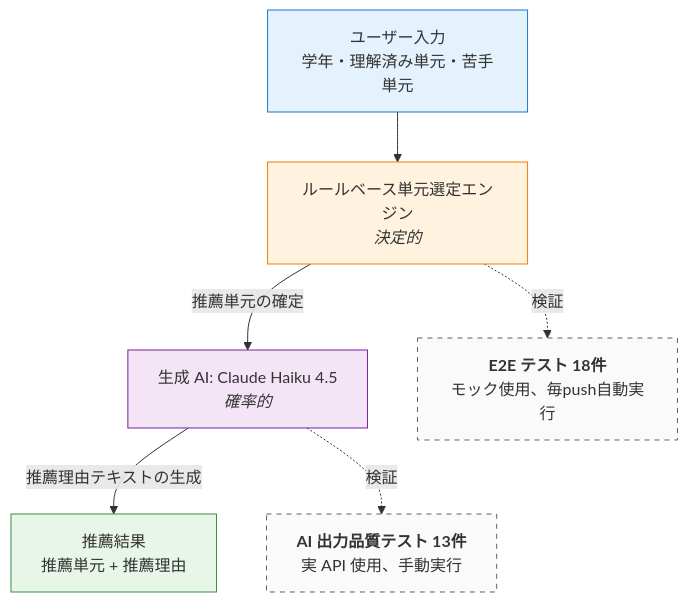
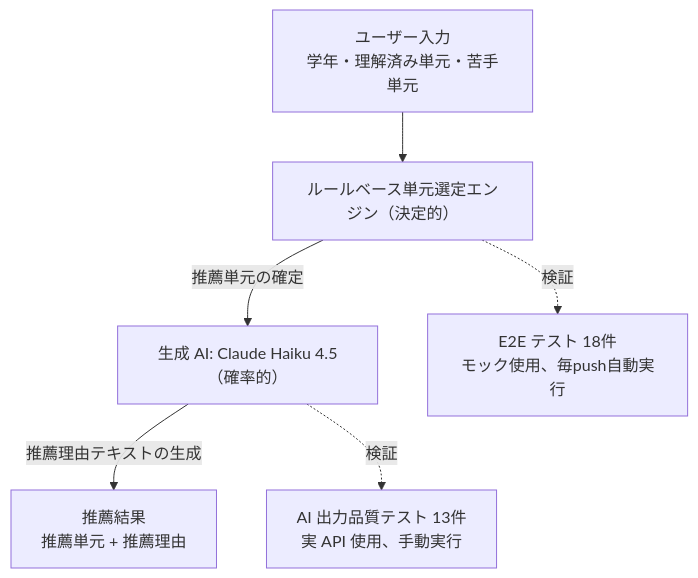
One commit to nani9ashi/qa-portfolio-ai-recommender changed the diagram in README.md. Above: the diagram before and after it, drawn with Mermaid. The commit also changed other lines of this file and 1 other file, not shown here.

Commit message:
[QA] docs: README 整備
README の表現改善と、ポートフォリオ全体の語彙統一を行う。

変更内容:

1. README の Mermaid 図を簡素化
   - 「テストの2層構造」セクションの Mermaid 図から classDef による
     色定義と class 割当を削除
   - <i>, <b> の HTML タグを削除し、（決定的）（確率的）のように
     全角括弧でラベルを表現
   - GitHub のデフォルトスタイルでシンプルに描画される構成に変更

2. AI 出力品質テスト結果の判定経路に日本語説明を追加
   - 判定経路スクショ直下に、内容を文章と表で書き起こし
   - 導入文 + 判定経路の集計表（6行）+ 結びの段落
   - スクショは画像として残しつつ、テキストでも内容が伝わる構造に
     画像を表示できない環境でもアクセシブル

3. 語彙の統一（test-report.md の表現に合わせる）
   - 「救済」/「救済型」 → 「合格への格上げ」/「格上げ型」
   - 「引き締め」/「引き締め型」 → 「不合格への格下げ」/「格下げ型」
   - 「救済発動」「引き締め発動」 → 「LLM judge による格上げ/格下げ」
   - 統一前は17箇所に残存していた造語を0箇所に
   - test-report.md の用語選定（業界標準的でない造語を避け、規範
     表現に統一）と完全に揃った状態に
   - 論理・構造の変更はなし

````diff
--- a/README.md
+++ b/README.md
@@ -100,29 +100,17 @@
 ```mermaid
 flowchart TD
     Input["ユーザー入力<br/>学年・理解済み単元・苦手単元"]
-    Rule["ルールベース単元選定エンジン<br/><i>決定的</i>"]
-    AI["生成 AI: Claude Haiku 4.5<br/><i>確率的</i>"]
+    Rule["ルールベース単元選定エンジン（決定的）"]
+    AI["生成 AI: Claude Haiku 4.5（確率的）"]
     Output["推薦結果<br/>推薦単元 + 推薦理由"]
 
     Input --> Rule
     Rule -->|推薦単元の確定| AI
     AI -->|推薦理由テキストの生成| Output
 
-    E2E["<b>E2E テスト 18件</b><br/>モック使用、毎push自動実行"]
-    AIQuality["<b>AI 出力品質テスト 13件</b><br/>実 API 使用、手動実行"]
+    E2E["E2E テスト 18件<br/>モック使用、毎push自動実行"]
+    AIQuality["AI 出力品質テスト 13件<br/>実 API 使用、手動実行"]
 
     Rule -.検証.-> E2E
     AI -.検証.-> AIQuality
-
-    classDef inputNode fill:#e3f2fd,stroke:#1976d2
-    classDef ruleNode fill:#fff3e0,stroke:#f57c00
-    classDef aiNode fill:#f3e5f5,stroke:#7b1fa2
-    classDef outputNode fill:#e8f5e9,stroke:#388e3c
-    classDef testNode fill:#fafafa,stroke:#616161,stroke-dasharray: 5 5
-
-    class Input inputNode
-    class Rule ruleNode
-    class AI aiNode
-    class Output outputNode
-    class E2E,AIQuality testNode
 ```
````
